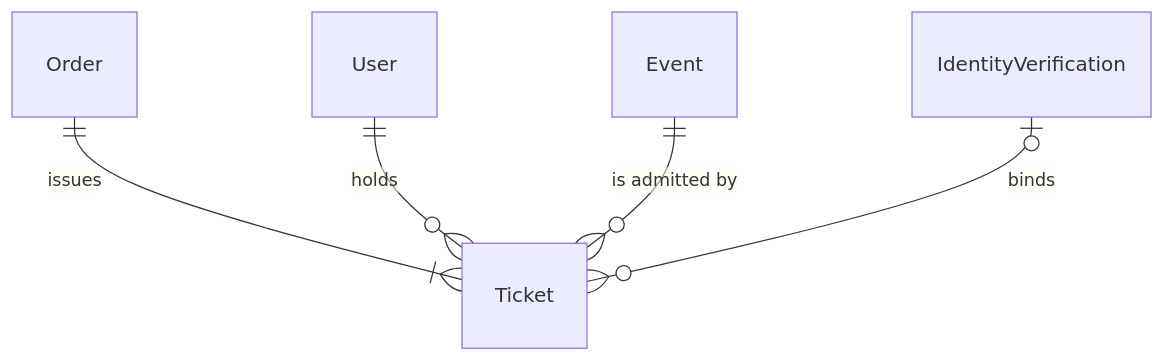
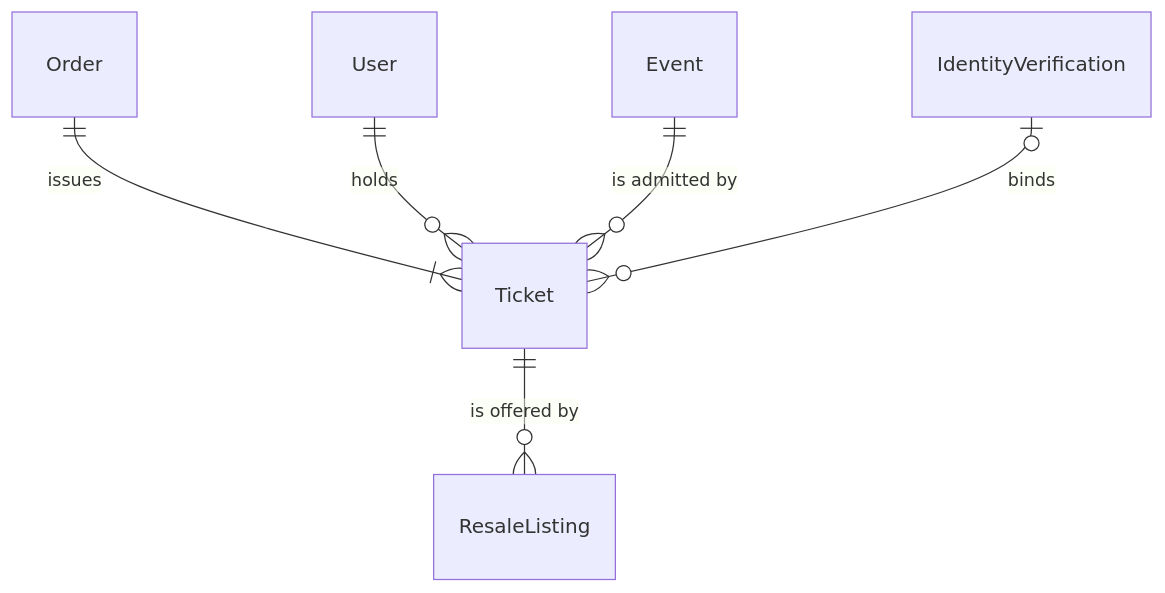
Before and after one commit to liverty-music/specification: the first of 2 diagrams in openspec/specs/components/entity/ticket/spec.md, drawn with Mermaid. The commit also changed 79 other files, not shown here.

````diff
--- a/openspec/specs/components/entity/ticket/spec.md
+++ b/openspec/specs/components/entity/ticket/spec.md
@@ -19,7 +19,8 @@
 ```mermaid
 erDiagram
   Order ||--|{ Ticket : "issues"
   User ||--o{ Ticket : "holds"
   Event ||--o{ Ticket : "is admitted by"
   IdentityVerification |o--o{ Ticket : "binds"
+  Ticket ||--o{ ResaleListing : "is offered by"
 ```
````
